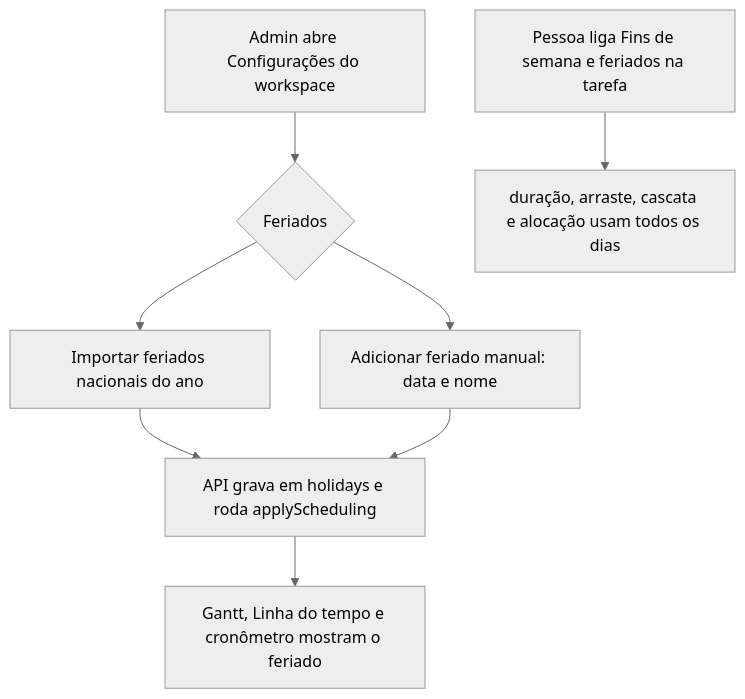
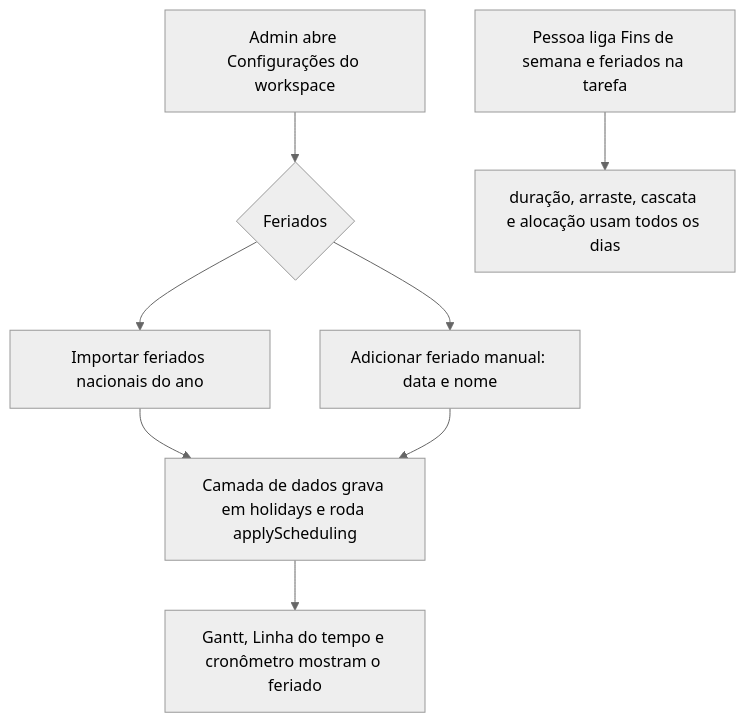
The sixth of 6 diagrams in docs/07-fluxos-aplicacao.md (RuanPS01/open-task-tracker), drawn with Mermaid (neutral theme) before and after one commit. The commit also changed other lines of this file and 12 other files, not shown here.

````diff
--- a/docs/07-fluxos-aplicacao.md
+++ b/docs/07-fluxos-aplicacao.md
@@ -140,10 +193,10 @@
 ```mermaid
 flowchart TD
   A[Admin abre Configurações do workspace] --> B{Feriados}
   B --> C[Importar feriados nacionais do ano]
   B --> D[Adicionar feriado manual: data e nome]
-  C --> E[API grava em holidays e roda applyScheduling]
+  C --> E[Camada de dados grava em holidays e roda applyScheduling]
   D --> E
   E --> F[Gantt, Linha do tempo e cronômetro mostram o feriado]
   G[Pessoa liga Fins de semana e feriados na tarefa] --> H[duração, arraste, cascata e alocação usam todos os dias]
 ```
````
